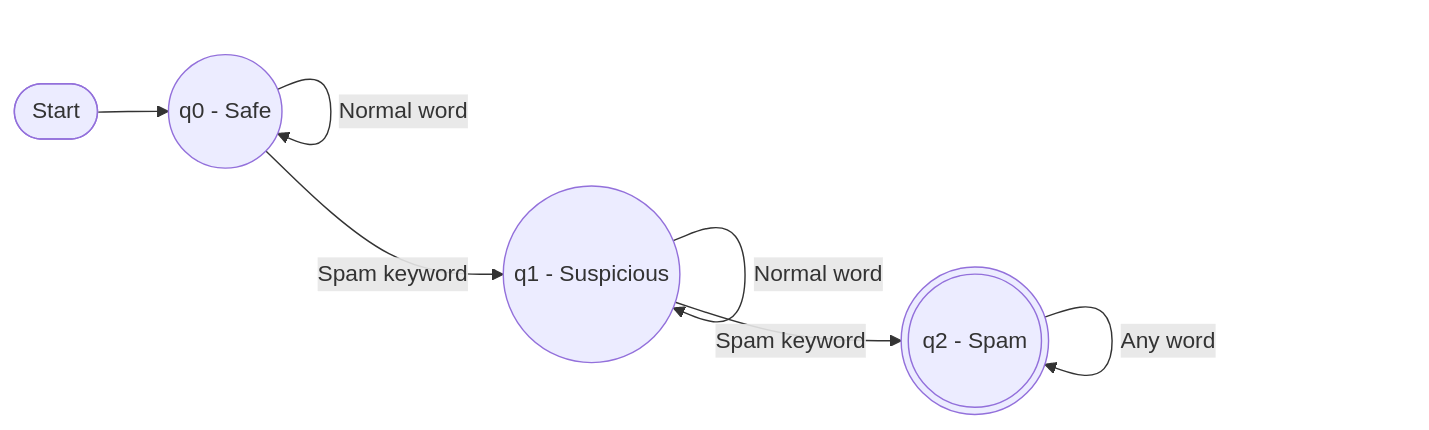
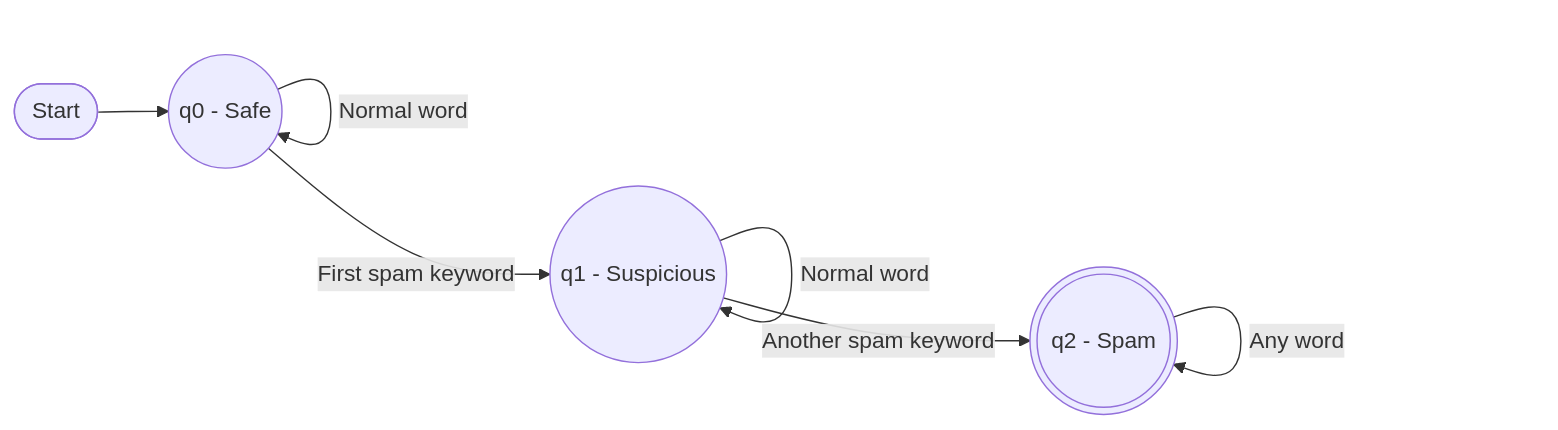
One commit to kanmani-12/MailGuard-Email-Security changed the diagram in README.md. Above: the diagram before and after it, drawn with Mermaid. The commit also changed other lines of this file, not shown here.

````diff
--- a/README.md
+++ b/README.md
@@ -50,9 +98,9 @@
 ```mermaid
 flowchart LR
     Start([Start]) --> q0((q0 - Safe))
     q0 -->|Normal word| q0
-    q0 -->|Spam keyword| q1((q1 - Suspicious))
+    q0 -->|First spam keyword| q1((q1 - Suspicious))
     q1 -->|Normal word| q1
-    q1 -->|Spam keyword| q2(((q2 - Spam)))
+    q1 -->|Another spam keyword| q2(((q2 - Spam)))
     q2 -->|Any word| q2
 ```
````
